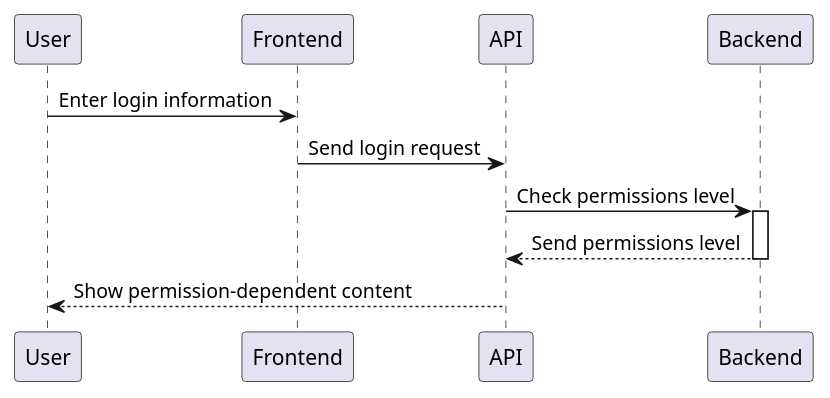
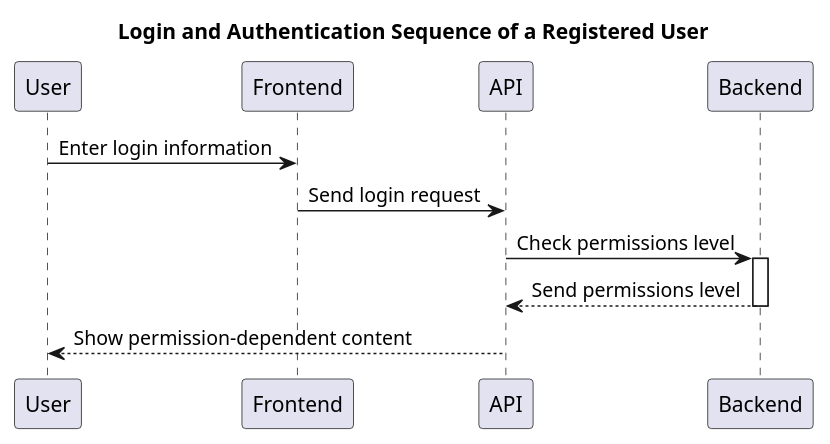
One commit to signekb/seedcase-sprout changed the diagram in docs/design/images/runtime-login-sequence.puml. Above: the diagram before and after it, drawn with PlantUML. The commit also changed 1 other file, not shown here.

Commit message:
feat: add title to login sequence diagram

```diff
--- a/docs/design/images/runtime-login-sequence.puml
+++ b/docs/design/images/runtime-login-sequence.puml
@@ -1,15 +1,15 @@
 @startuml runtime-login-sequence
 
-' Login and authentication sequence of a registered user
+title Login and Authentication Sequence of a Registered User
 
 participant "User" as u
 participant "Frontend" as f
 participant "API" as api
 participant "Backend" as db
 
 u -> f --: Enter login information
 f -> api --: Send login request
 api -> db ++: Check permissions level
 db --> api --: Send permissions level
 api --> u --: Show permission-dependent content
 @enduml
```
